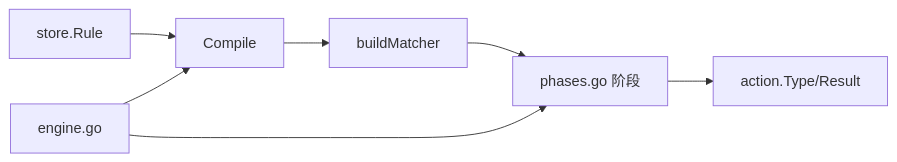
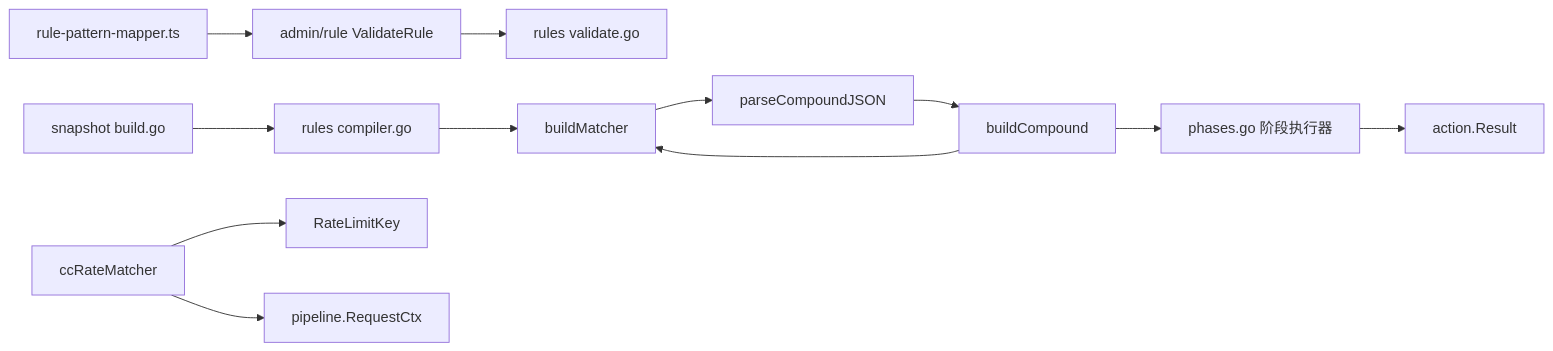
The fifth of 5 diagrams in docs/WAF 引擎系统/规则匹配器/复合匹配器.md (x01n/My-OpenWaf), drawn with Mermaid before and after one commit. The commit also changed other lines of this file and 622 other files, not shown here.

````diff
--- a/docs/WAF 引擎系统/规则匹配器/复合匹配器.md
+++ b/docs/WAF 引擎系统/规则匹配器/复合匹配器.md
@@ -289,9 +372,14 @@
 ```mermaid
 graph LR
-ST["store.Rule"] --> COMP["Compile"]
-COMP --> MATCH["buildMatcher"]
-MATCH --> PH["phases.go 阶段"]
-PH --> ACT["action.Type/Result"]
-ENG["engine.go"] --> PH
-ENG --> COMP
+FE["rule-pattern-mapper.ts"] --> AD["admin/rule ValidateRule"]
+AD --> VAL["rules validate.go"]
+SBP["snapshot build.go"] --> CMP["rules compiler.go"]
+CMP --> BM["buildMatcher"]
+BM --> PCJ["parseCompoundJSON"]
+PCJ --> BC["buildCompound"]
+BC --> BM
+BC --> PH["phases.go 阶段执行器"]
+PH --> ACT["action.Result"]
+CR["ccRateMatcher"] --> RK["RateLimitKey"]
+CR --> RC["pipeline.RequestCtx"]
 ```
````
